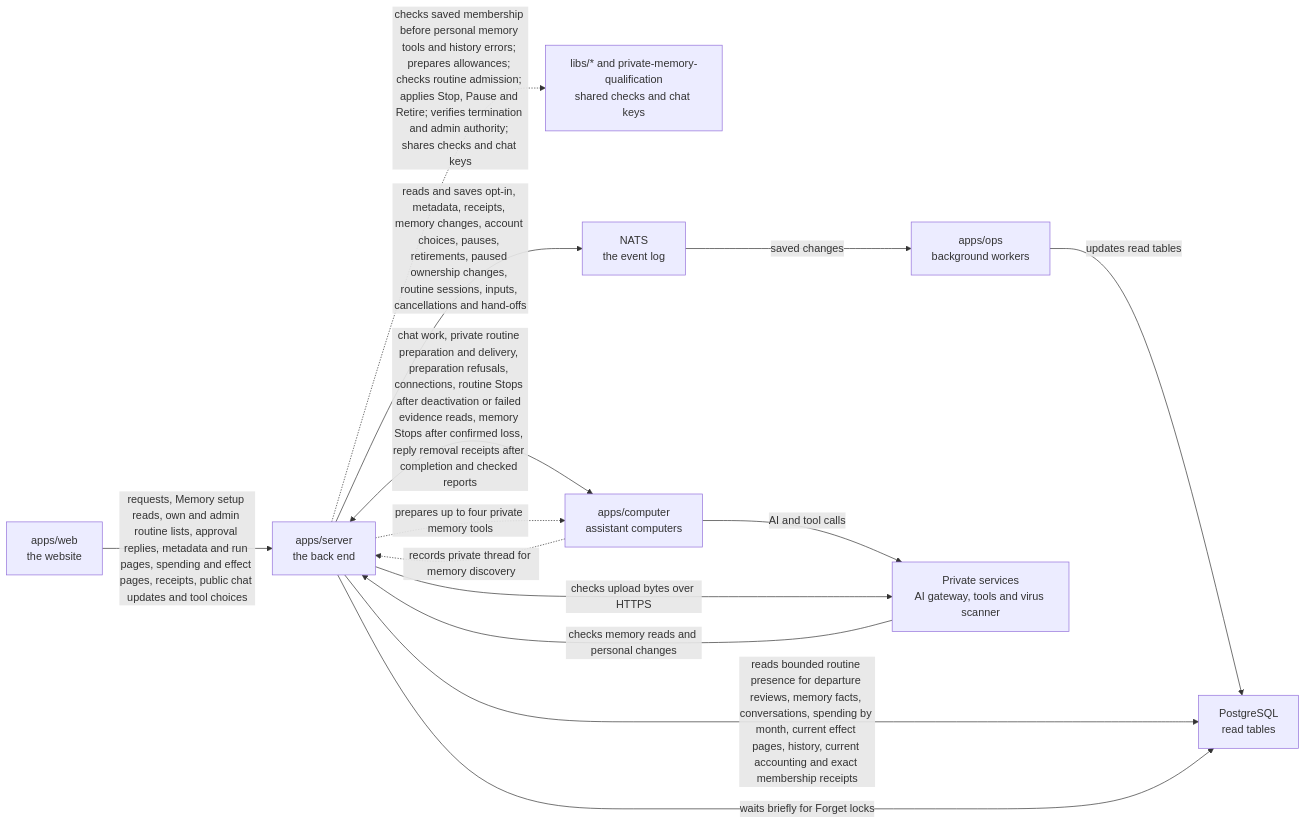
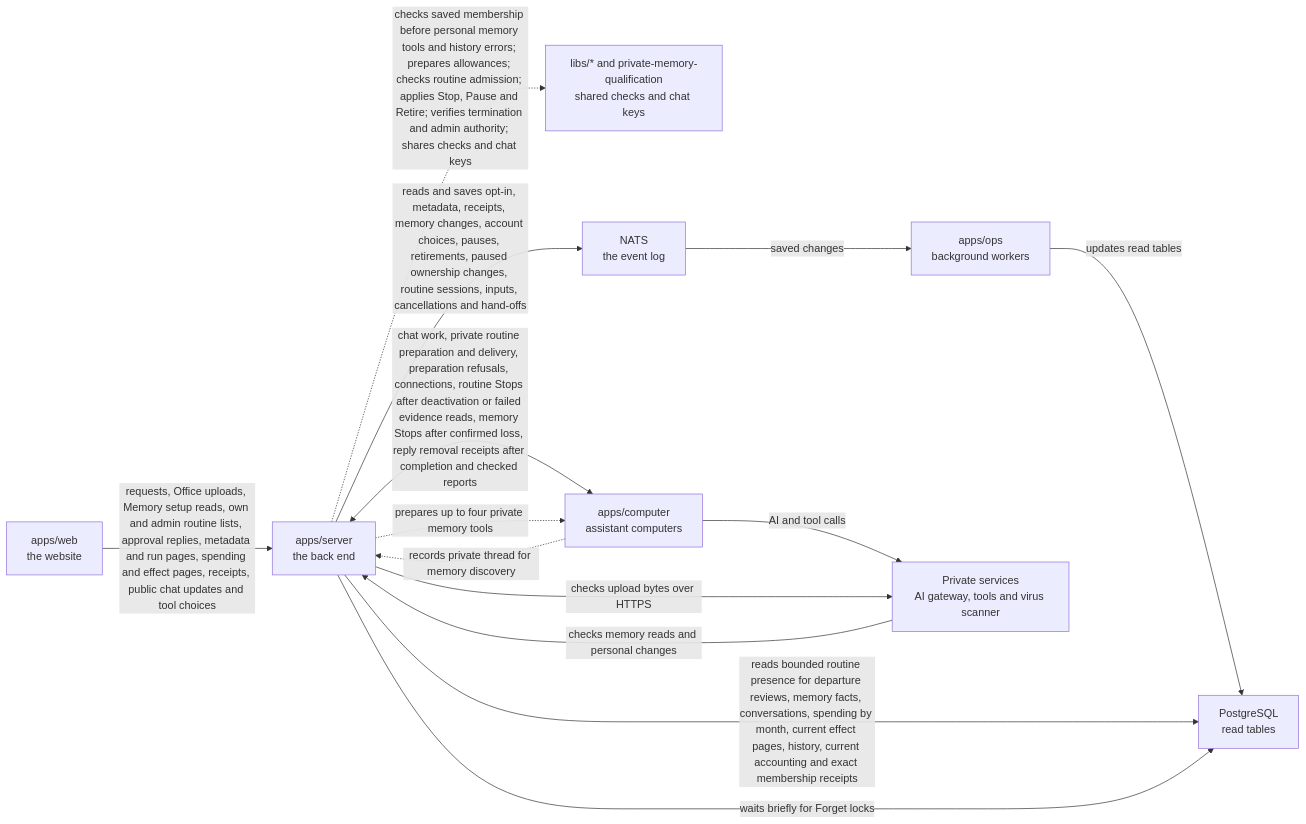
One commit to elewa-git/opencrane-new changed the diagram in apps/server/README.md. Above: the diagram before and after it, drawn with Mermaid. The commit also changed other lines of this file and 6 other files, not shown here.

First line of the commit message:
📎 Ordinary Office files with charts, printer settings and links upload, while macros and embedded programs stay refused (#851)

````diff
--- a/apps/server/README.md
+++ b/apps/server/README.md
@@ -178,16 +178,16 @@
 ```mermaid
 flowchart LR
-  web["apps/web<br/>the website"] -->|requests, Memory setup reads, own and admin routine lists, approval replies, metadata and run pages, spending and effect pages, receipts, public chat updates and tool choices| server["apps/server<br/>the back end"]
+  web["apps/web<br/>the website"] -->|requests, Office uploads, Memory setup reads, own and admin routine lists, approval replies, metadata and run pages, spending and effect pages, receipts, public chat updates and tool choices| server["apps/server<br/>the back end"]
   server -.->|checks saved membership before personal memory tools and history errors; prepares allowances; checks routine admission; applies Stop, Pause and Retire; verifies termination and admin authority; shares checks and chat keys| libs["libs/* and private-memory-qualification<br/>shared checks and chat keys"]
   server -->|reads and saves opt-in, metadata, receipts, memory changes, account choices, pauses, retirements, paused ownership changes, routine sessions, inputs, cancellations and hand-offs| nats["NATS<br/>the event log"]
   nats -->|saved changes| ops["apps/ops<br/>background workers"]
   ops -->|updates read tables| postgres["PostgreSQL<br/>read tables"]
   server -->|reads bounded routine presence for departure reviews, memory facts, conversations, spending by month, current effect pages, history, current accounting and exact membership receipts| postgres
   server -->|waits briefly for Forget locks| postgres
   server <-->|chat work, private routine preparation and delivery, preparation refusals, connections, routine Stops after deactivation or failed evidence reads, memory Stops after confirmed loss, reply removal receipts after completion and checked reports| computer["apps/computer<br/>assistant computers"]
   computer -.->|records private thread for memory discovery| server
   server -.->|prepares up to four private memory tools| computer
   computer -->|AI and tool calls| runtime["Private services<br/>AI gateway, tools and virus scanner"]
   server -->|checks upload bytes over HTTPS| runtime
   runtime -->|checks memory reads and personal changes| server
 ```
````
